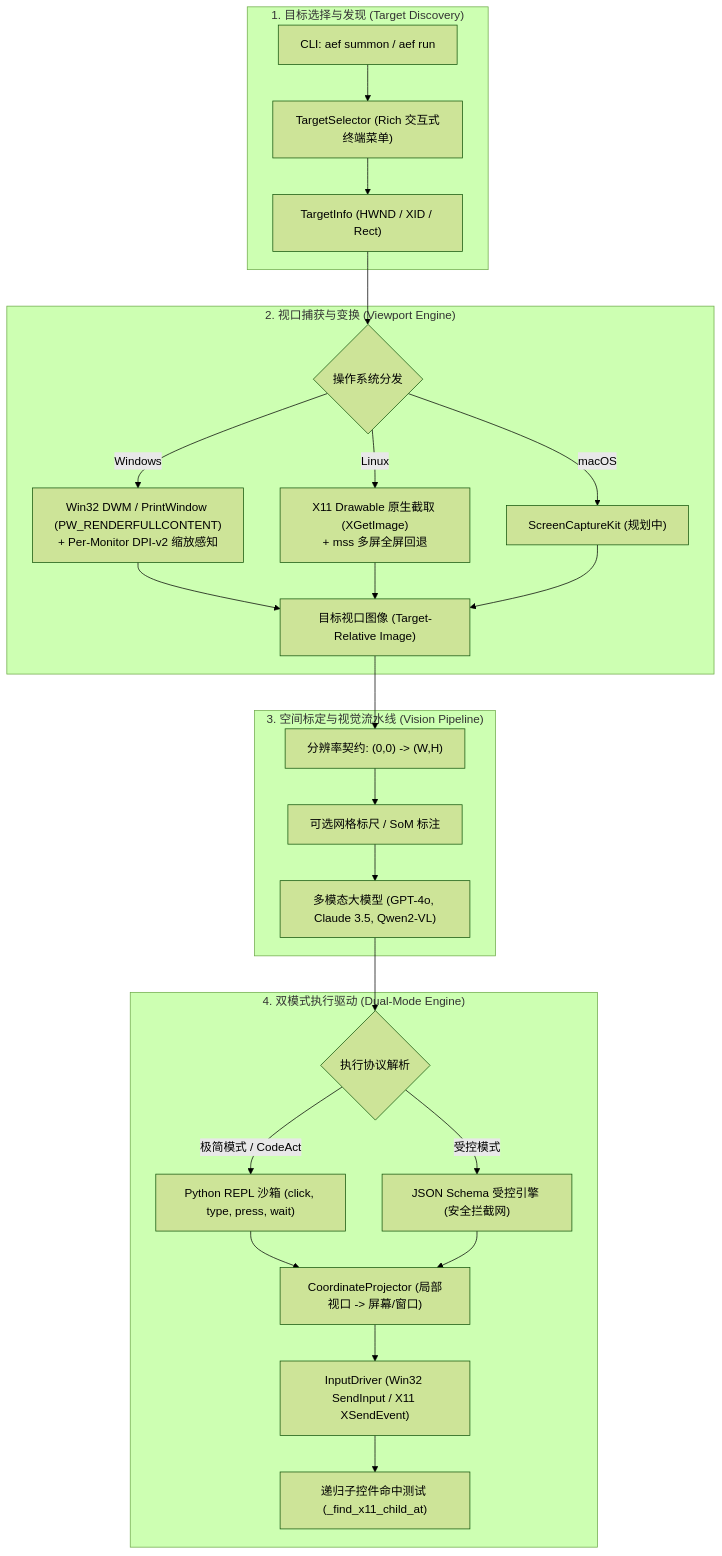
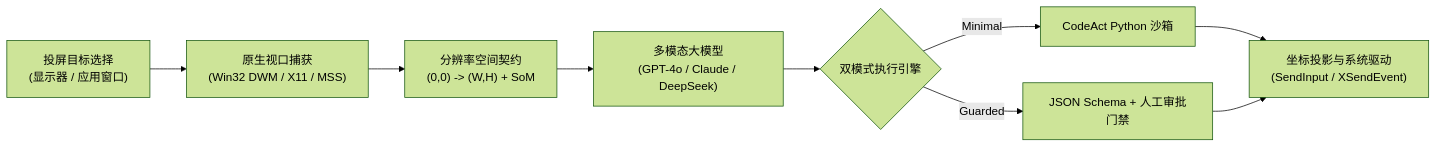
Before and after one commit to mcocdaa/AgentEverywhereFlow: the diagram in README_CN.md, drawn with Mermaid (forest theme). The commit also changed other lines of this file and 1 other file, not shown here.

````diff
--- a/README_CN.md
+++ b/README_CN.md
@@ -68,33 +124,11 @@
 ```mermaid
-flowchart TD
-    subgraph UI["1. 目标选择与发现 (Target Discovery)"]
-        CLI["CLI: aef summon / aef run"] --> Selector["TargetSelector (Rich 交互式终端菜单)"]
-        Selector --> Target["TargetInfo (HWND / XID / Rect)"]
-    end
-
-    subgraph Perception["2. 视口捕获与变换 (Viewport Engine)"]
-        Target --> CapturerRouter{"操作系统分发"}
-        CapturerRouter -->|Windows| WinCap["Win32 DWM / PrintWindow (PW_RENDERFULLCONTENT)<br/>+ Per-Monitor DPI-v2 缩放感知"]
-        CapturerRouter -->|Linux| LinCap["X11 Drawable 原生截取 (XGetImage)<br/>+ mss 多屏全屏回退"]
-        CapturerRouter -->|macOS| MacCap["ScreenCaptureKit (规划中)"]
-        WinCap --> ViewportImg["目标视口图像 (Target-Relative Image)"]
-        LinCap --> ViewportImg
-        MacCap --> ViewportImg
-    end
-
-    subgraph Calibration["3. 空间标定与视觉流水线 (Vision Pipeline)"]
-        ViewportImg --> Calib["分辨率契约: (0,0) -> (W,H)"]
-        Calib --> Grid["可选网格标尺 / SoM 标注"]
-        Grid --> VLM["多模态大模型 (GPT-4o, Claude 3.5, Qwen2-VL)"]
-    end
-
-    subgraph Execution["4. 双模式执行驱动 (Dual-Mode Engine)"]
-        VLM --> Router{"执行协议解析"}
-        Router -->|极简模式 / CodeAct| REPL["Python REPL 沙箱 (click, type, press, wait)"]
-        Router -->|受控模式| GuardedEngine["JSON Schema 受控引擎 (安全拦截网)"]
-        REPL --> Projector["CoordinateProjector (局部视口 -> 屏幕/窗口)"]
-        GuardedEngine --> Projector
-        Projector --> Driver["InputDriver (Win32 SendInput / X11 XSendEvent)"]
-        Driver --> HitTest["递归子控件命中测试 (_find_x11_child_at)"]
-    end
+flowchart LR
+    Target["投屏目标选择<br/>(显示器 / 应用窗口)"] --> Capture["原生视口捕获<br/>(Win32 DWM / X11 / MSS)"]
+    Capture --> Calib["分辨率空间契约<br/>(0,0) -> (W,H) + SoM"]
+    Calib --> VLM["多模态大模型<br/>(GPT-4o / Claude / DeepSeek)"]
+    VLM --> Engine{"双模式执行引擎"}
+    Engine -->|Minimal| REPL["CodeAct Python 沙箱"]
+    Engine -->|Guarded| Guard["JSON Schema + 人工审批门禁"]
+    REPL --> Driver["坐标投影与系统驱动<br/>(SendInput / XSendEvent)"]
+    Guard --> Driver
 ```
````
